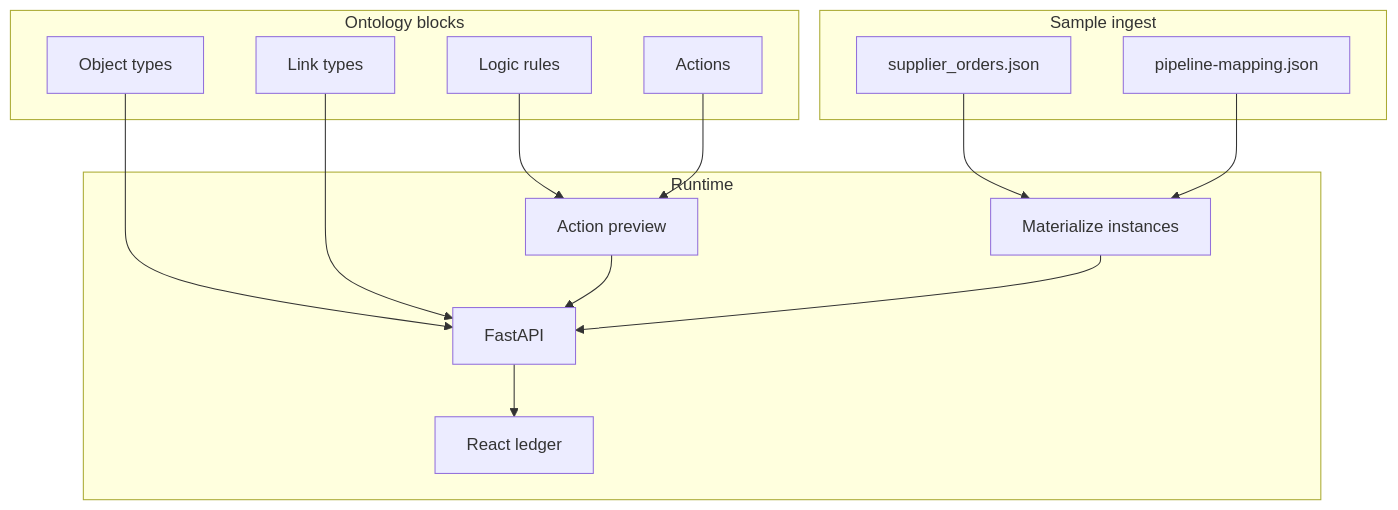
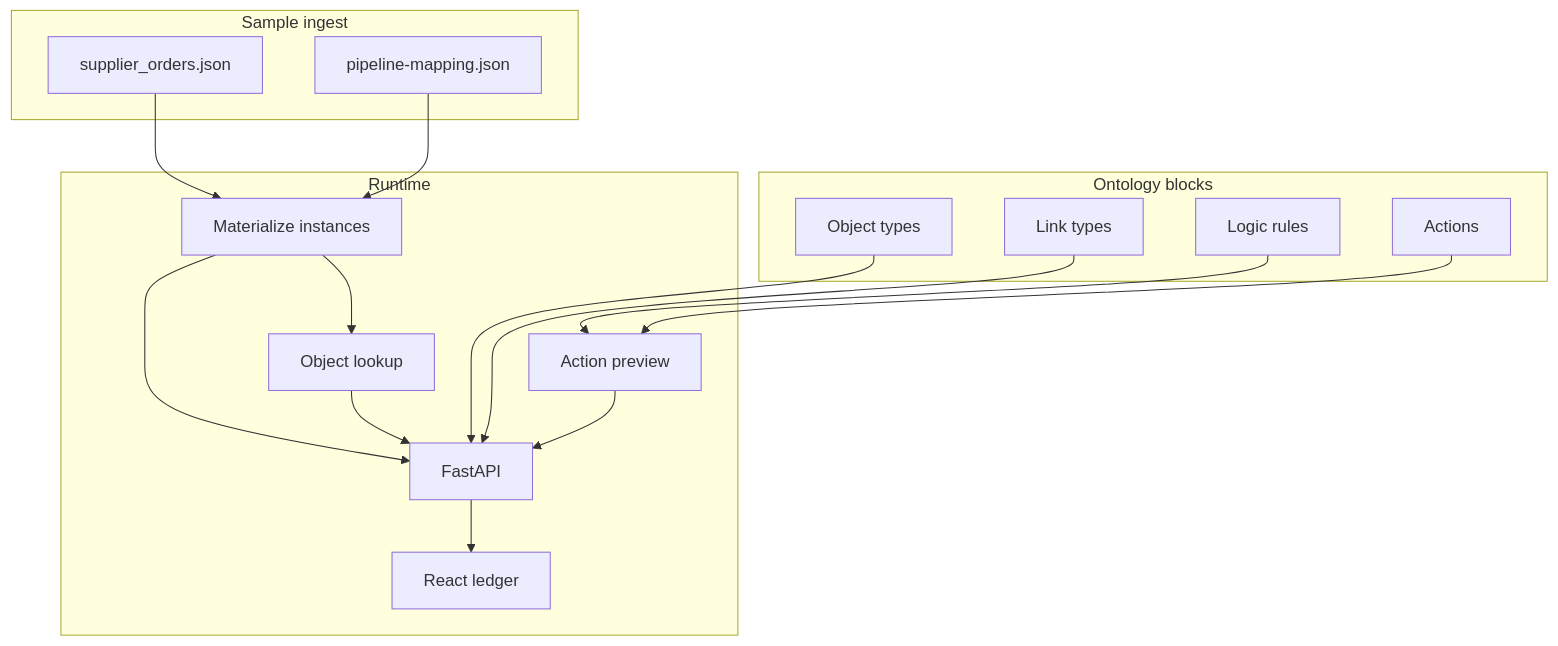
Before and after one commit to mizuno0237/scp-agent-ontology-hub: the diagram in ARCHITECTURE.md, drawn with Mermaid. The commit also changed other lines of this file and 8 other files, not shown here.

First line of the commit message:
feat: typed object lookup for the planning agent

````diff
--- a/ARCHITECTURE.md
+++ b/ARCHITECTURE.md
@@ -5,28 +5,31 @@
 ```mermaid
 flowchart TB
   subgraph ingest [Sample ingest]
     JSON[supplier_orders.json]
     MAP[pipeline-mapping.json]
   end
   subgraph types [Ontology blocks]
     OT[Object types]
     LT[Link types]
     LR[Logic rules]
     AC[Actions]
   end
   subgraph serve [Runtime]
     LOAD[Materialize instances]
+    LOOK[Object lookup]
     PREV[Action preview]
     API[FastAPI]
     UI[React ledger]
   end
   JSON --> LOAD
   MAP --> LOAD
   OT --> API
   LT --> API
   LR --> PREV
   AC --> PREV
   LOAD --> API
+  LOAD --> LOOK
+  LOOK --> API
   PREV --> API
   API --> UI
 ```
````
